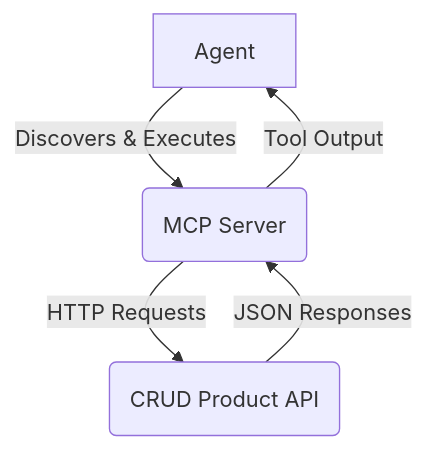
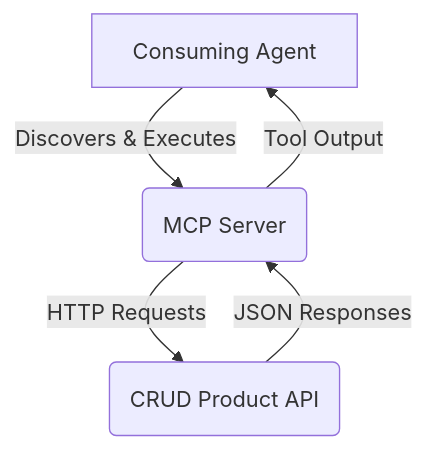
Before and after one commit to davbol/agenticAIshenanigans: the second of 2 diagrams in docs/index.md, drawn with Mermaid. The commit also changed other lines of this file, not shown here.

````diff
--- a/docs/index.md
+++ b/docs/index.md
@@ -198,7 +198,7 @@
 ```mermaid 
 graph TD
-    A[Agent] -- Discovers & Executes --> B(MCP Server);
+    A[Consuming Agent] -- Discovers & Executes --> B(MCP Server);
     B -- HTTP Requests --> D(CRUD Product API);
     D -- JSON Responses --> B;
     B -- Tool Output --> A;
 ```
````
